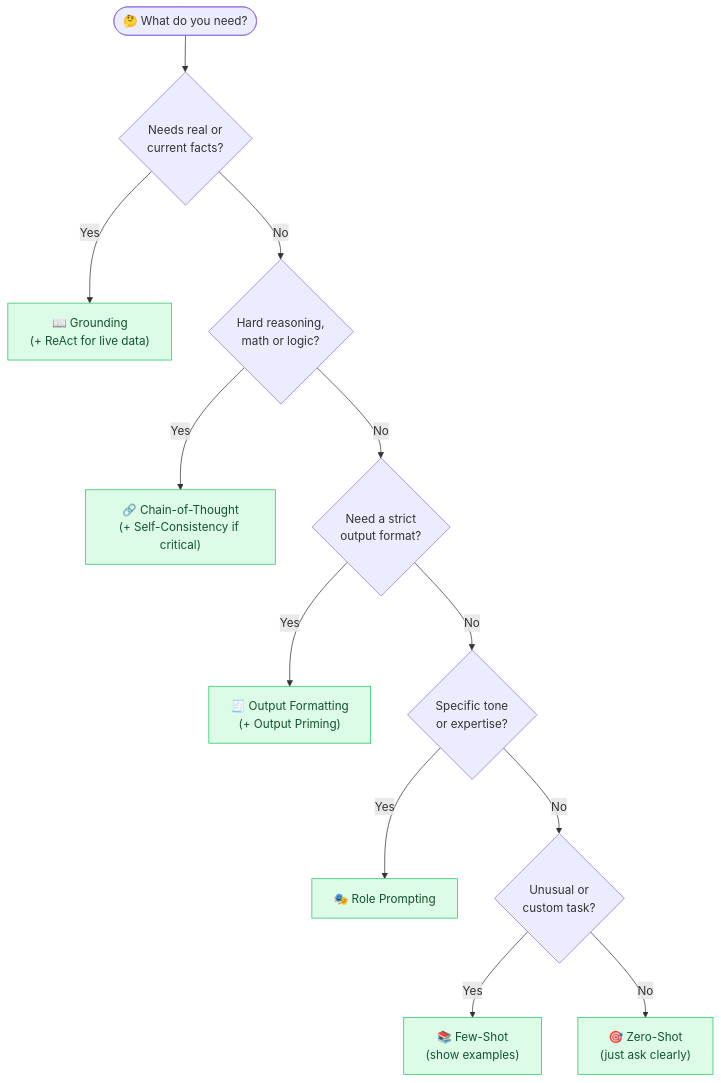
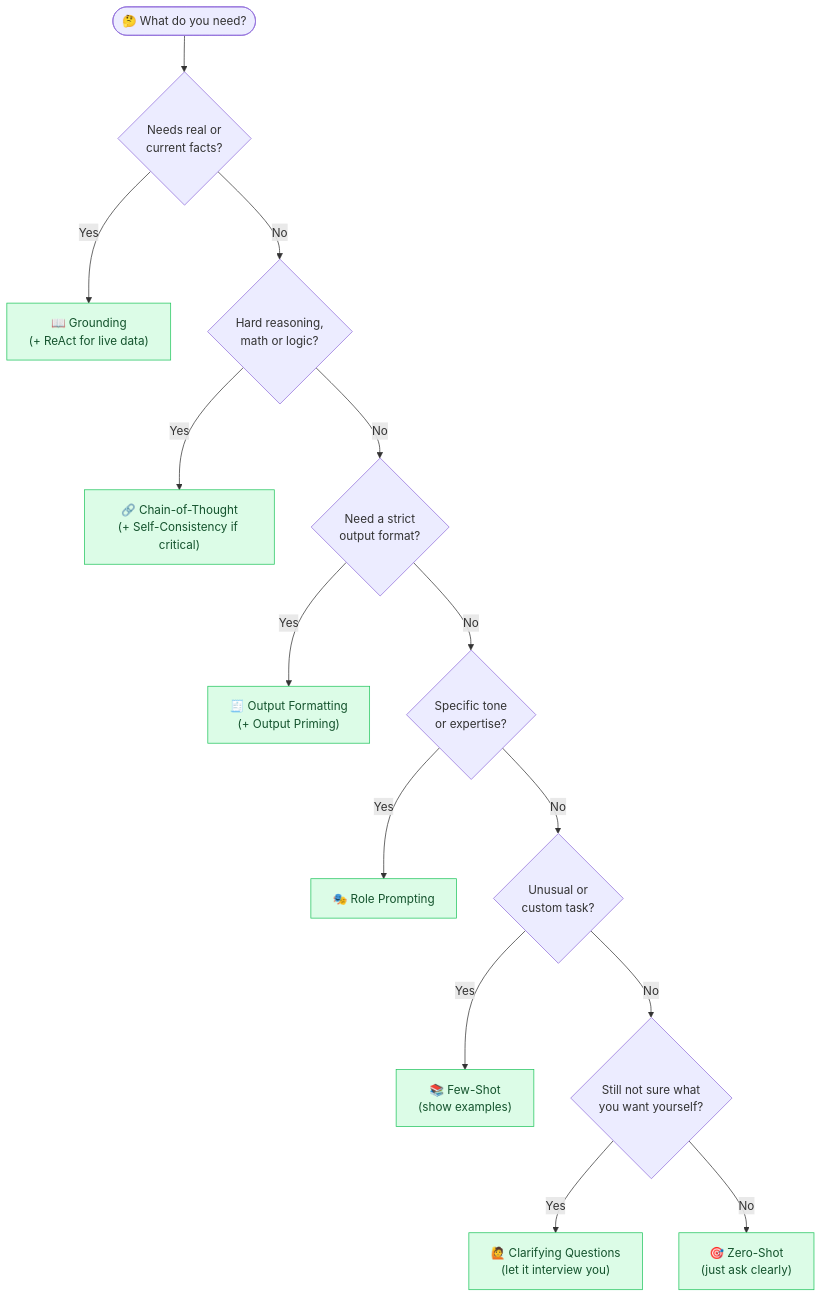
One commit to behnia137/prompt-engineering-visual changed the diagram in README.md. Above: the diagram before and after it, drawn with Mermaid. The commit also changed other lines of this file and 4 other files, not shown here.

First line of the commit message:
Add Clarifying Questions technique (25 total)

````diff
--- a/README.md
+++ b/README.md
@@ -41,20 +41,23 @@
 ```mermaid
 flowchart TD
     Start(["🤔 What do you need?"]) --> Facts{"Needs real or<br/>current facts?"}
     Facts -->|Yes| G["📖 Grounding<br/>(+ ReAct for live data)"]
     Facts -->|No| Hard{"Hard reasoning,<br/>math or logic?"}
     Hard -->|Yes| CoT["🔗 Chain-of-Thought<br/>(+ Self-Consistency if critical)"]
     Hard -->|No| Fmt{"Need a strict<br/>output format?"}
     Fmt -->|Yes| OF["🧾 Output Formatting<br/>(+ Output Priming)"]
     Fmt -->|No| Style{"Specific tone<br/>or expertise?"}
     Style -->|Yes| Role["🎭 Role Prompting"]
     Style -->|No| Odd{"Unusual or<br/>custom task?"}
     Odd -->|Yes| FS["📚 Few-Shot<br/>(show examples)"]
-    Odd -->|No| ZS["🎯 Zero-Shot<br/>(just ask clearly)"]
+    Odd -->|No| Fuzzy{"Still not sure what<br/>you want yourself?"}
+    Fuzzy -->|Yes| CQ["🙋 Clarifying Questions<br/>(let it interview you)"]
+    Fuzzy -->|No| ZS["🎯 Zero-Shot<br/>(just ask clearly)"]
     style G fill:#dcfce7,stroke:#22c55e,color:#14532d
     style CoT fill:#dcfce7,stroke:#22c55e,color:#14532d
     style OF fill:#dcfce7,stroke:#22c55e,color:#14532d
     style Role fill:#dcfce7,stroke:#22c55e,color:#14532d
     style FS fill:#dcfce7,stroke:#22c55e,color:#14532d
     style ZS fill:#dcfce7,stroke:#22c55e,color:#14532d
+    style CQ fill:#dcfce7,stroke:#22c55e,color:#14532d
 ```
````
